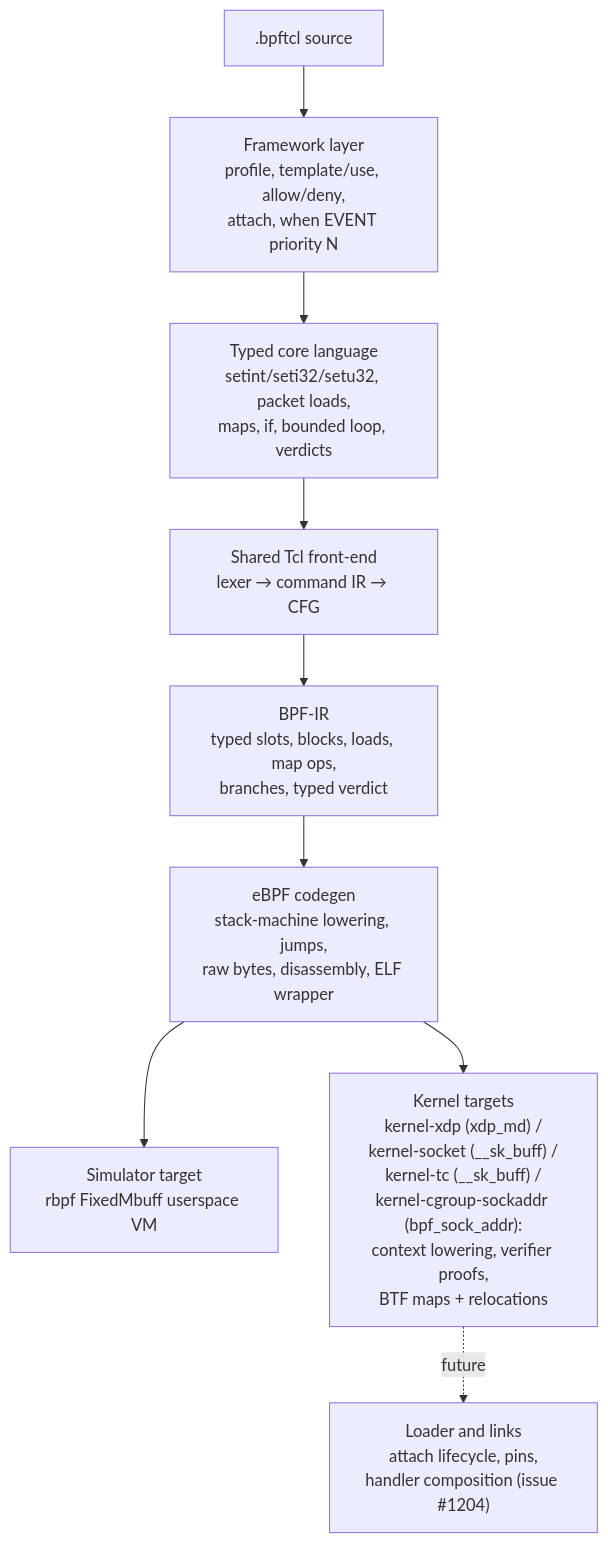
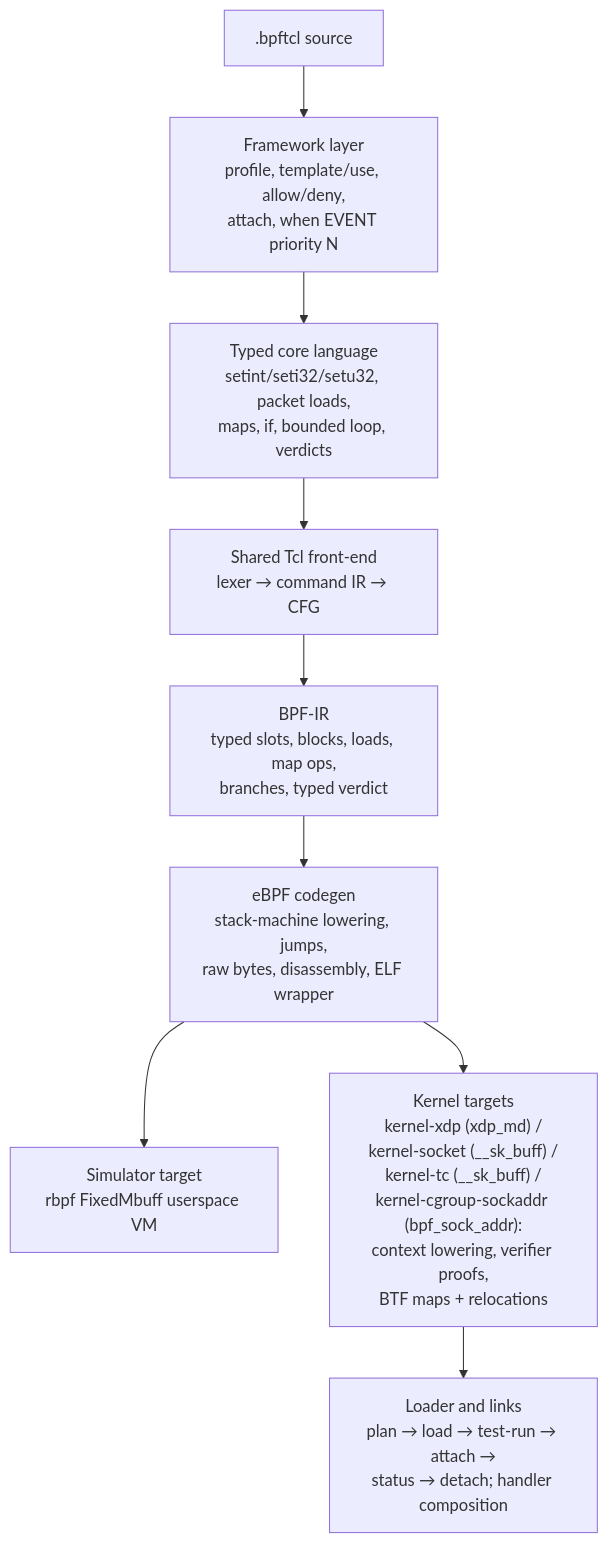
Before and after one commit to bitwisecook/tcl-lsp: the diagram in docs/design/compiler/ebpf-backend.md, drawn with Mermaid. The commit also changed other lines of this file and 57 other files, not shown here.

````diff
--- a/docs/design/compiler/ebpf-backend.md
+++ b/docs/design/compiler/ebpf-backend.md
@@ -48,17 +24,17 @@
 ```mermaid
 flowchart TB
     Source[".bpftcl source"]
     Framework["Framework layer<br/>profile, template/use, allow/deny,<br/>attach, when EVENT priority N"]
     Core["Typed core language<br/>setint/seti32/setu32, packet loads,<br/>maps, if, bounded loop, verdicts"]
     TclIR["Shared Tcl front-end<br/>lexer → command IR → CFG"]
     BpfIR["BPF-IR<br/>typed slots, blocks, loads, map ops,<br/>branches, typed verdict"]
     Codegen["eBPF codegen<br/>stack-machine lowering, jumps,<br/>raw bytes, disassembly, ELF wrapper"]
     Rbpf["Simulator target<br/>rbpf FixedMbuff userspace VM"]
     Kernel["Kernel targets<br/>kernel-xdp (xdp_md) /<br/>kernel-socket (__sk_buff) /<br/>kernel-tc (__sk_buff) /<br/>kernel-cgroup-sockaddr (bpf_sock_addr):<br/>context lowering, verifier proofs,<br/>BTF maps + relocations"]
-    Loader["Loader and links<br/>attach lifecycle, pins,<br/>handler composition (issue #1204)"]
+    Loader["Loader and links<br/>plan → load → test-run → attach →<br/>status → detach; handler composition"]
 
     Source --> Framework --> Core --> TclIR --> BpfIR --> Codegen
     Codegen --> Rbpf
     Codegen --> Kernel
-    Kernel -. future .-> Loader
+    Kernel --> Loader
 ```
````
